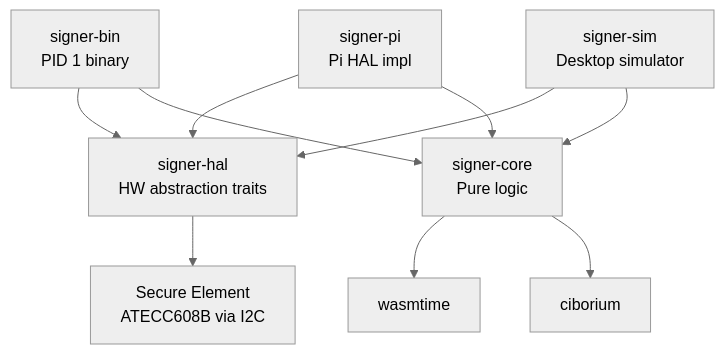
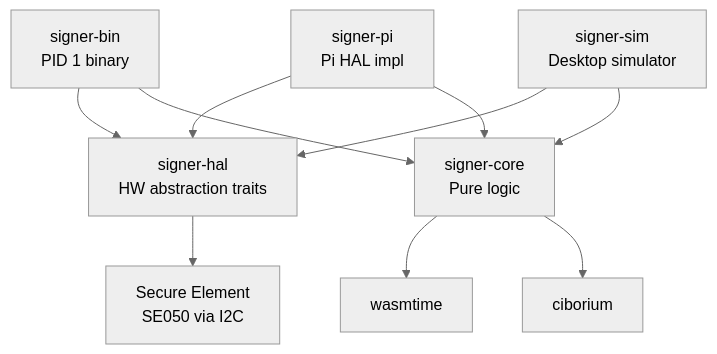
The first of 2 diagrams in docs/architecture/overview.md (paolino/air-gap-signer), drawn with Mermaid (neutral theme) before and after one commit. The commit also changed other lines of this file and 13 other files, not shown here.

First line of the commit message:
feat: interactive setup flow with PIN, key generation, and dual-USB backup

````diff
--- a/docs/architecture/overview.md
+++ b/docs/architecture/overview.md
@@ -5,12 +5,12 @@
 ```mermaid
 graph TD
     BIN[signer-bin<br/>PID 1 binary] --> HAL[signer-hal<br/>HW abstraction traits]
     BIN --> CORE[signer-core<br/>Pure logic]
     PI[signer-pi<br/>Pi HAL impl] --> HAL
     SIM[signer-sim<br/>Desktop simulator] --> HAL
     SIM --> CORE
     PI --> CORE
     CORE --> WT[wasmtime]
     CORE --> CIB[ciborium]
-    HAL --> SE[Secure Element<br/>ATECC608B via I2C]
+    HAL --> SE[Secure Element<br/>SE050 via I2C]
 ```
````
